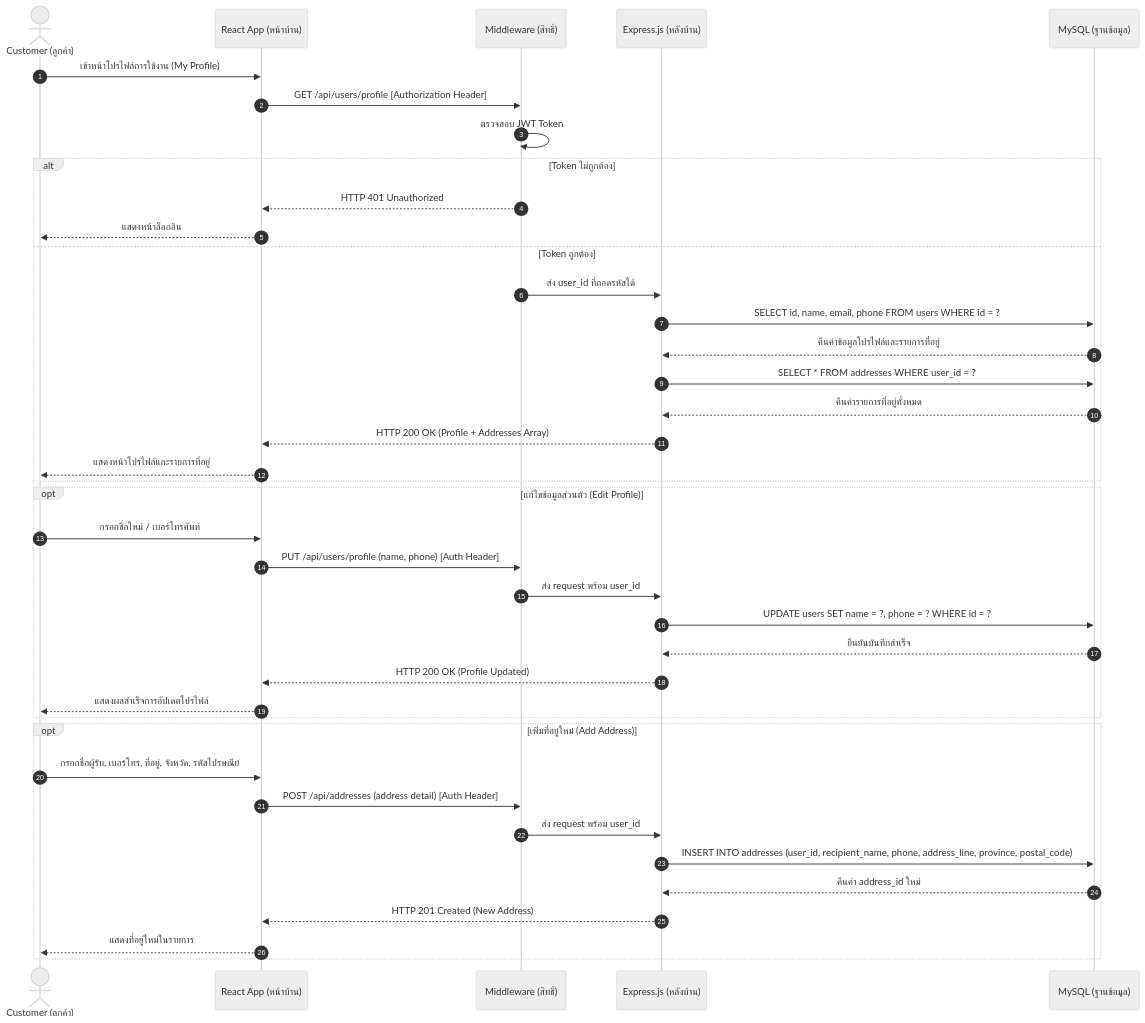
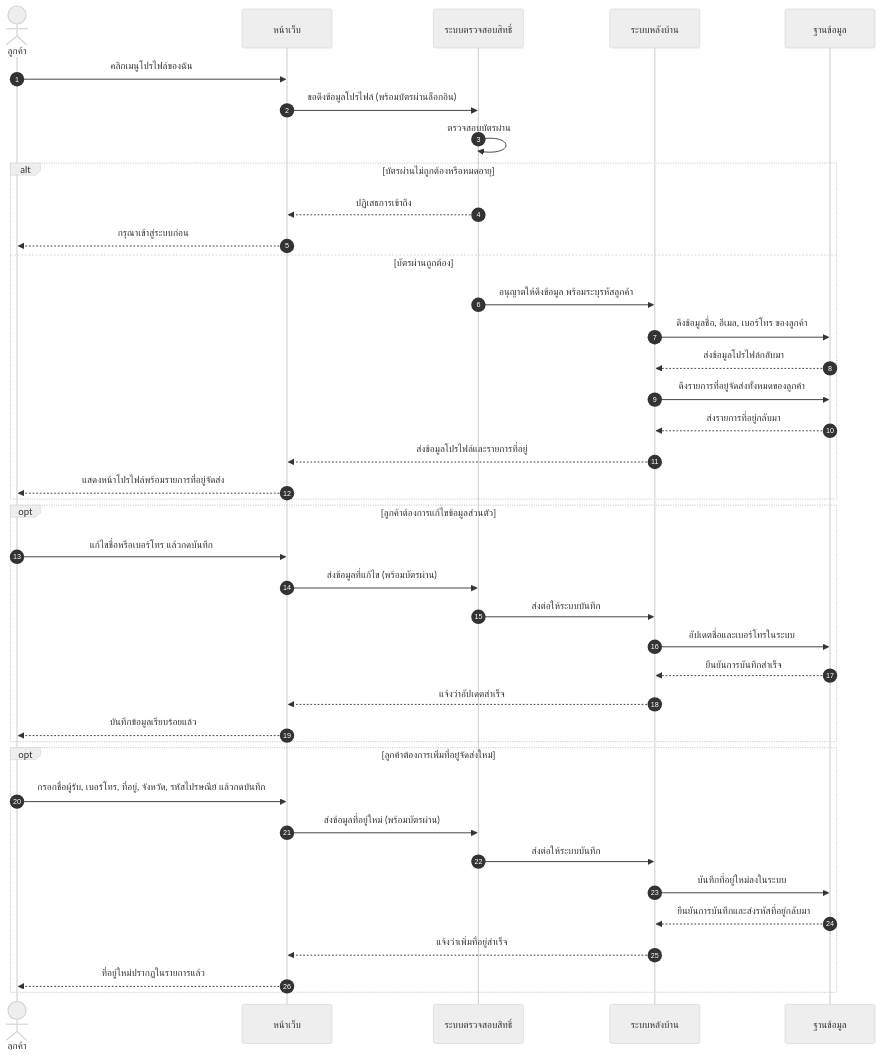
One commit to SupvichSpuGM/online-bookstore changed the fourth of 11 diagrams in diagram/workshop4.md. Above: the diagram before and after it, drawn with Mermaid (neutral theme). The commit also changed other lines of this file and 1 other file, not shown here.

````diff
--- a/diagram/workshop4.md
+++ b/diagram/workshop4.md
@@ -270,45 +283,45 @@
 ```mermaid
 sequenceDiagram
-            autonumber
-            actor Customer as Customer (ลูกค้า)
-            participant Client as React App (หน้าบ้าน)
-            participant AuthMW as Middleware (สิทธิ์)
-            participant API as Express.js (หลังบ้าน)
-            participant DB as MySQL (ฐานข้อมูล)
+    autonumber
+    actor Customer as ลูกค้า
+    participant Web as หน้าเว็บ
+    participant Guard as ระบบตรวจสอบสิทธิ์
+    participant App as ระบบหลังบ้าน
+    participant DB as ฐานข้อมูล
 
-            Customer->>Client: เข้าหน้าโปรไฟล์การใช้งาน (My Profile)
-            Client->>AuthMW: GET /api/users/profile [Authorization Header]
-            AuthMW->>AuthMW: ตรวจสอบ JWT Token
-            alt Token ไม่ถูกต้อง
-                AuthMW-->>Client: HTTP 401 Unauthorized
-                Client-->>Customer: แสดงหน้าล็อกอิน
-            else Token ถูกต้อง
-                AuthMW->>API: ส่ง user_id ที่ถอดรหัสได้
-                API->>DB: SELECT id, name, email, phone FROM users WHERE id = ?
-                DB-->>API: คืนค่าข้อมูลโปรไฟล์และรายการที่อยู่
-                API->>DB: SELECT * FROM addresses WHERE user_id = ?
-                DB-->>API: คืนค่ารายการที่อยู่ทั้งหมด
-                API-->>Client: HTTP 200 OK (Profile + Addresses Array)
-                Client-->>Customer: แสดงหน้าโปรไฟล์และรายการที่อยู่
-            end
+    Customer->>Web: คลิกเมนูโปรไฟล์ของฉัน
+    Web->>Guard: ขอดึงข้อมูลโปรไฟล์ (พร้อมบัตรผ่านล็อกอิน)
+    Guard->>Guard: ตรวจสอบบัตรผ่าน
+    alt บัตรผ่านไม่ถูกต้องหรือหมดอายุ
+        Guard-->>Web: ปฏิเสธการเข้าถึง
+        Web-->>Customer: กรุณาเข้าสู่ระบบก่อน
+    else บัตรผ่านถูกต้อง
+        Guard->>App: อนุญาตให้ดึงข้อมูล พร้อมระบุรหัสลูกค้า
+        App->>DB: ดึงข้อมูลชื่อ, อีเมล, เบอร์โทร ของลูกค้า
+        DB-->>App: ส่งข้อมูลโปรไฟล์กลับมา
+        App->>DB: ดึงรายการที่อยู่จัดส่งทั้งหมดของลูกค้า
+        DB-->>App: ส่งรายการที่อยู่กลับมา
+        App-->>Web: ส่งข้อมูลโปรไฟล์และรายการที่อยู่
+        Web-->>Customer: แสดงหน้าโปรไฟล์พร้อมรายการที่อยู่จัดส่ง
+    end
 
-            opt แก้ไขข้อมูลส่วนตัว (Edit Profile)
-                Customer->>Client: กรอกชื่อใหม่ / เบอร์โทรศัพท์
-                Client->>AuthMW: PUT /api/users/profile (name, phone) [Auth Header]
-                AuthMW->>API: ส่ง request พร้อม user_id
-                API->>DB: UPDATE users SET name = ?, phone = ? WHERE id = ?
-                DB-->>API: ยืนยันบันทึกสำเร็จ
-                API-->>Client: HTTP 200 OK (Profile Updated)
-                Client-->>Customer: แสดงผลสำเร็จการอัปเดตโปรไฟล์
-            end
+    opt ลูกค้าต้องการแก้ไขข้อมูลส่วนตัว
+        Customer->>Web: แก้ไขชื่อหรือเบอร์โทร แล้วกดบันทึก
+        Web->>Guard: ส่งข้อมูลที่แก้ไข (พร้อมบัตรผ่าน)
+        Guard->>App: ส่งต่อให้ระบบบันทึก
+        App->>DB: อัปเดตชื่อและเบอร์โทรในระบบ
+        DB-->>App: ยืนยันการบันทึกสำเร็จ
+        App-->>Web: แจ้งว่าอัปเดตสำเร็จ
+        Web-->>Customer: บันทึกข้อมูลเรียบร้อยแล้ว
+    end
 
-            opt เพิ่มที่อยู่ใหม่ (Add Address)
-                Customer->>Client: กรอกชื่อผู้รับ, เบอร์โทร, ที่อยู่, จังหวัด, รหัสไปรษณีย์
-                Client->>AuthMW: POST /api/addresses (address detail) [Auth Header]
-                AuthMW->>API: ส่ง request พร้อม user_id
-                API->>DB: INSERT INTO addresses (user_id, recipient_name, phone, address_line, province, postal_code)
-                DB-->>API: คืนค่า address_id ใหม่
-                API-->>Client: HTTP 201 Created (New Address)
-                Client-->>Customer: แสดงที่อยู่ใหม่ในรายการ
-            end
+    opt ลูกค้าต้องการเพิ่มที่อยู่จัดส่งใหม่
+        Customer->>Web: กรอกชื่อผู้รับ, เบอร์โทร, ที่อยู่, จังหวัด, รหัสไปรษณีย์ แล้วกดบันทึก
+        Web->>Guard: ส่งข้อมูลที่อยู่ใหม่ (พร้อมบัตรผ่าน)
+        Guard->>App: ส่งต่อให้ระบบบันทึก
+        App->>DB: บันทึกที่อยู่ใหม่ลงในระบบ
+        DB-->>App: ยืนยันการบันทึกและส่งรหัสที่อยู่กลับมา
+        App-->>Web: แจ้งว่าเพิ่มที่อยู่สำเร็จ
+        Web-->>Customer: ที่อยู่ใหม่ปรากฏในรายการแล้ว
+    end
 ```
````
